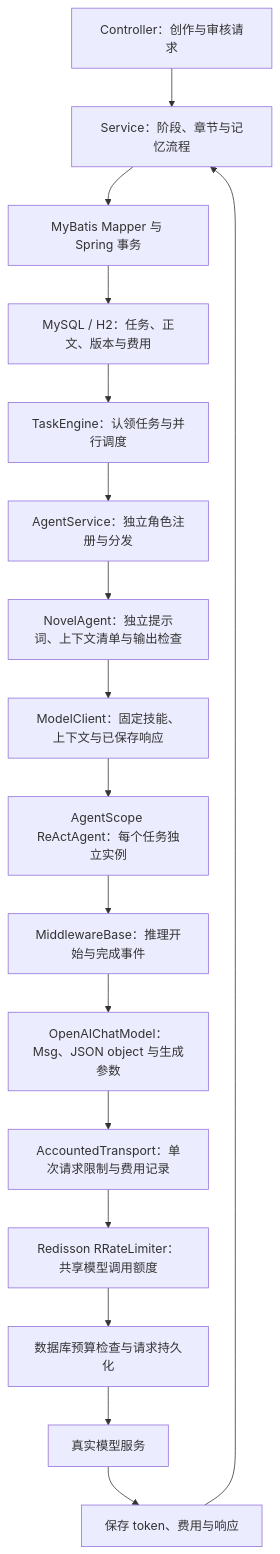
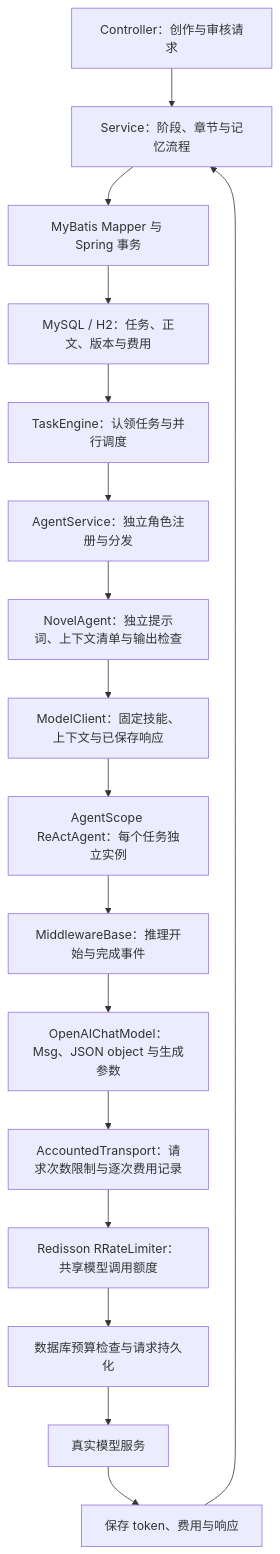
The third of 11 diagrams in README.md (ccii1/novel-agent), drawn with Mermaid before and after one commit. The commit also changed other lines of this file and 46 other files, not shown here.

````diff
--- a/README.md
+++ b/README.md
@@ -75,19 +75,19 @@
 ```mermaid
 flowchart TD
     API["Controller：创作与审核请求"] --> Business["Service：阶段、章节与记忆流程"]
     Business --> Repository["MyBatis Mapper 与 Spring 事务"]
     Repository --> DB["MySQL / H2：任务、正文、版本与费用"]
     DB --> Scheduler["TaskEngine：认领任务与并行调度"]
     Scheduler --> Role["AgentService：独立角色注册与分发"]
     Role --> Specialists["NovelAgent：独立提示词、上下文清单与输出检查"]
     Specialists --> Context["ModelClient：固定技能、上下文与已保存响应"]
     Context --> Agent["AgentScope ReActAgent：每个任务独立实例"]
     Agent --> Middleware["MiddlewareBase：推理开始与完成事件"]
     Middleware --> Model["OpenAIChatModel：Msg、JSON object 与生成参数"]
-    Model --> Transport["AccountedTransport：单次请求限制与费用记录"]
+    Model --> Transport["AccountedTransport：请求次数限制与逐次费用记录"]
     Transport --> Redis["Redisson RRateLimiter：共享模型调用额度"]
     Redis --> Budget["数据库预算检查与请求持久化"]
     Budget --> Provider["真实模型服务"]
     Provider --> Result["保存 token、费用与响应"]
     Result --> Business
 ```
````
